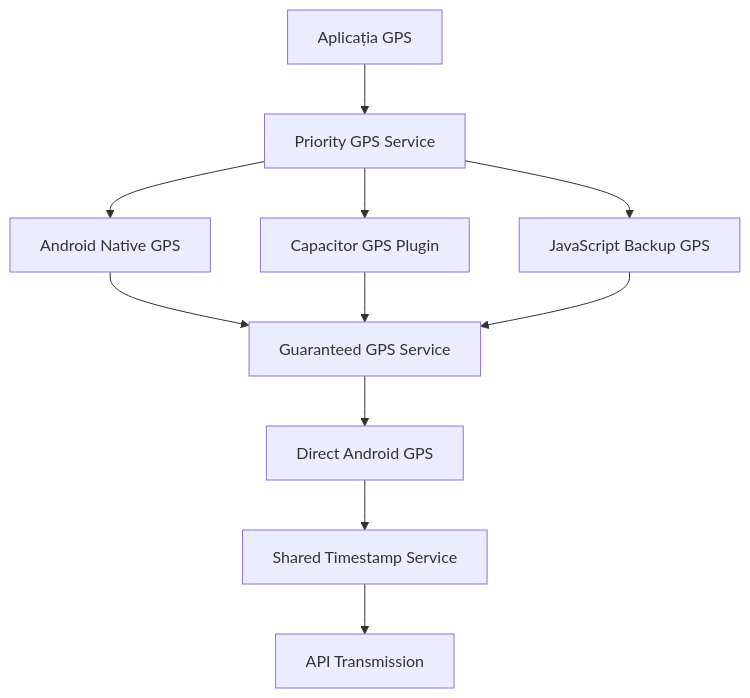
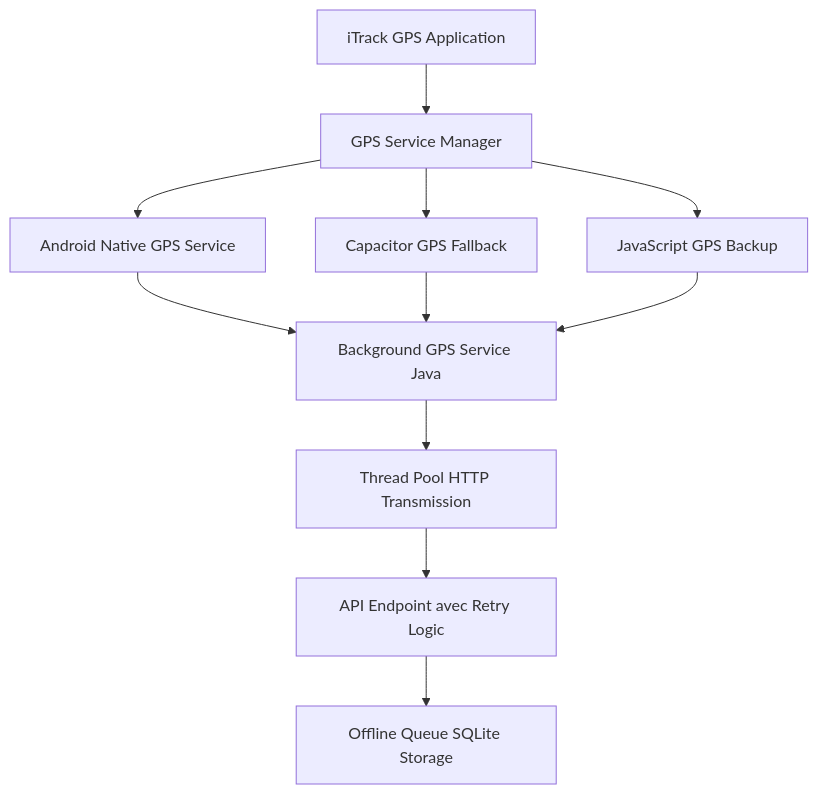
Before and after one commit to emsici/iTrack: the diagram in README.md, drawn with Mermaid. The commit also changed other lines of this file and 5 other files, not shown here.

````diff
--- a/README.md
+++ b/README.md
@@ -175,13 +174,13 @@
 ```mermaid
 graph TD
-    A[Aplicația GPS] --> B[Priority GPS Service]
-    B --> C[Android Native GPS]
-    B --> D[Capacitor GPS Plugin] 
-    B --> E[JavaScript Backup GPS]
-    C --> F[Guaranteed GPS Service]
+    A[iTrack GPS Application] --> B[GPS Service Manager]
+    B --> C[Android Native GPS Service]
+    B --> D[Capacitor GPS Fallback] 
+    B --> E[JavaScript GPS Backup]
+    C --> F[Background GPS Service Java]
     D --> F
     E --> F
-    F --> G[Direct Android GPS]
-    G --> H[Shared Timestamp Service]
-    H --> I[API Transmission]
+    F --> G[Thread Pool HTTP Transmission]
+    G --> H[API Endpoint avec Retry Logic]
+    H --> I[Offline Queue SQLite Storage]
 ```
````
